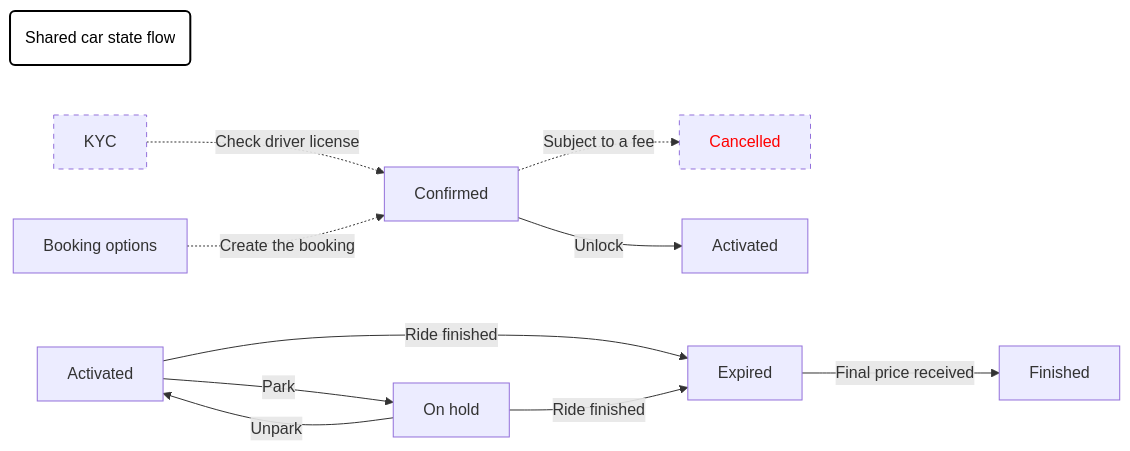
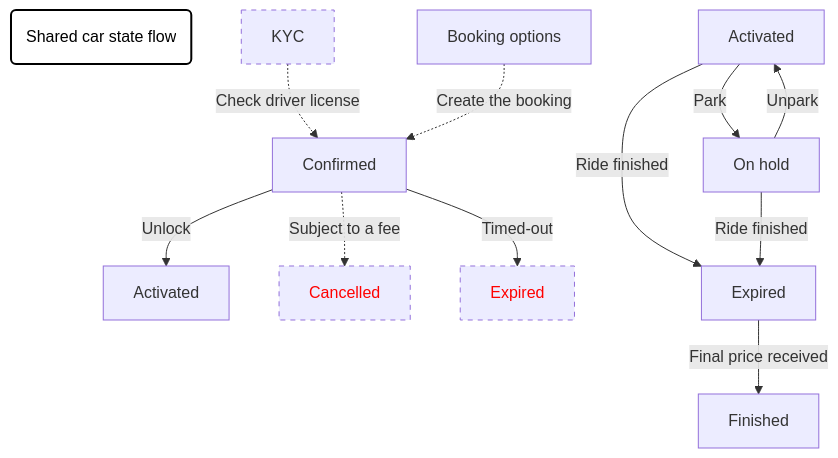
Before and after one commit to maasglobal/maas-tsp-api: the diagram in specs/workflow/car-sharing.mmd, drawn with Mermaid. The commit also changed 4 other files, not shown here.

Commit message:
Confirmed - Expired and top-down

```diff
--- a/specs/workflow/car-sharing.mmd
+++ b/specs/workflow/car-sharing.mmd
@@ -1,16 +1,18 @@
-graph LR
+graph TD
   label1(Shared car state flow)
   %% MermaidJS workflow graph for Taxi TSP
   %% Use https://mermaid-js.github.io/mermaid-live-editor/ to edit
   KYC[KYC] -.->|Check driver license| Confirmed
   Options[Booking options] -.->|Create the booking| Confirmed
+  Confirmed -->|Unlock| Activated
   Confirmed -.->|Subject to a fee| Cancelled
-  Confirmed -->|Unlock| Activated
+  Confirmed -->|Timed-out| Expired2[Expired]
   Activated2[Activated] -->|Ride finished| Expired
   Activated2[Activated] -->|Park| On_hold[On hold]
   Expired -->|Final price received| Finished
   On_hold[On hold] -->|Ride finished| Expired
   On_hold[On hold] -->|Unpark| Activated2
   style Cancelled color:red,stroke-dasharray: 5, 5
+  style Expired2 color:red,stroke-dasharray: 5, 5
   style label1 stroke-width:2px,color:black,stroke:black,fill:white
   style KYC stroke-dasharray:5,5
```
